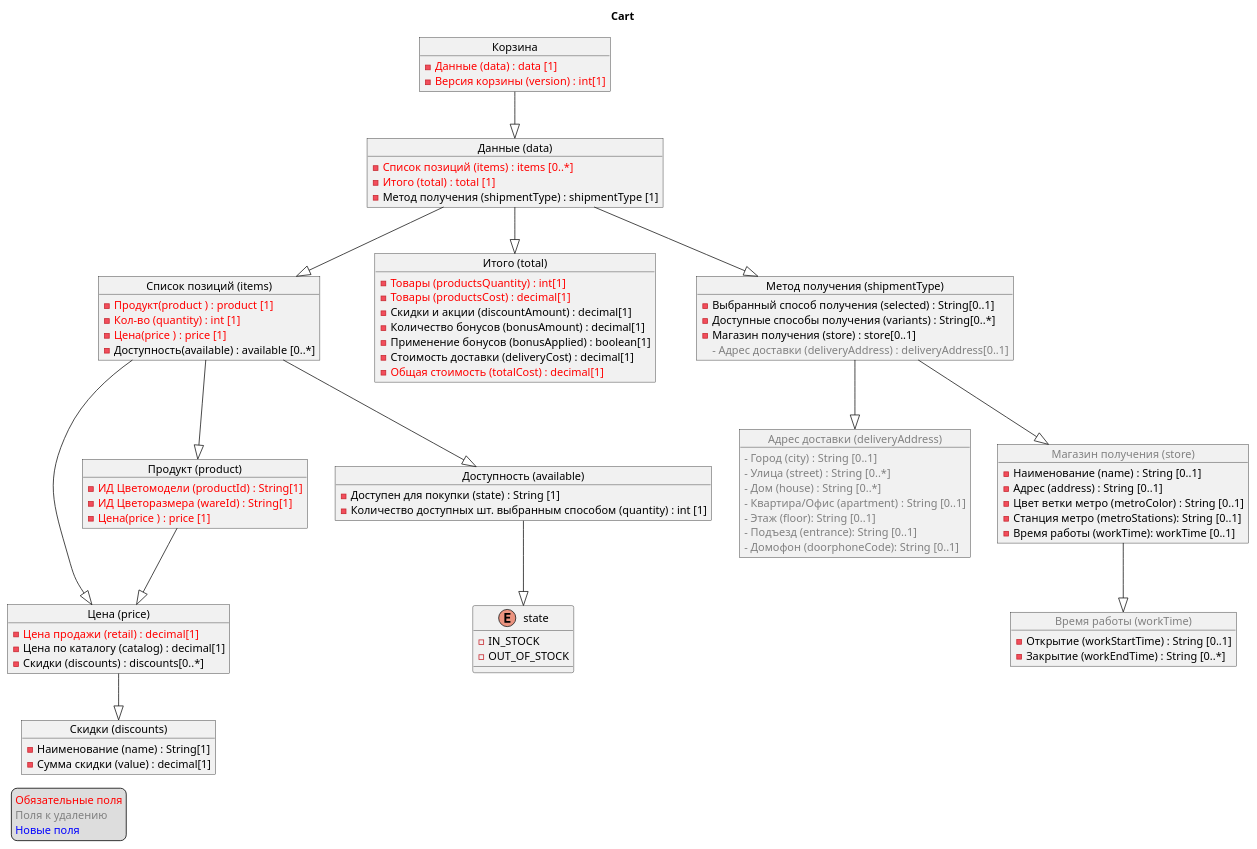
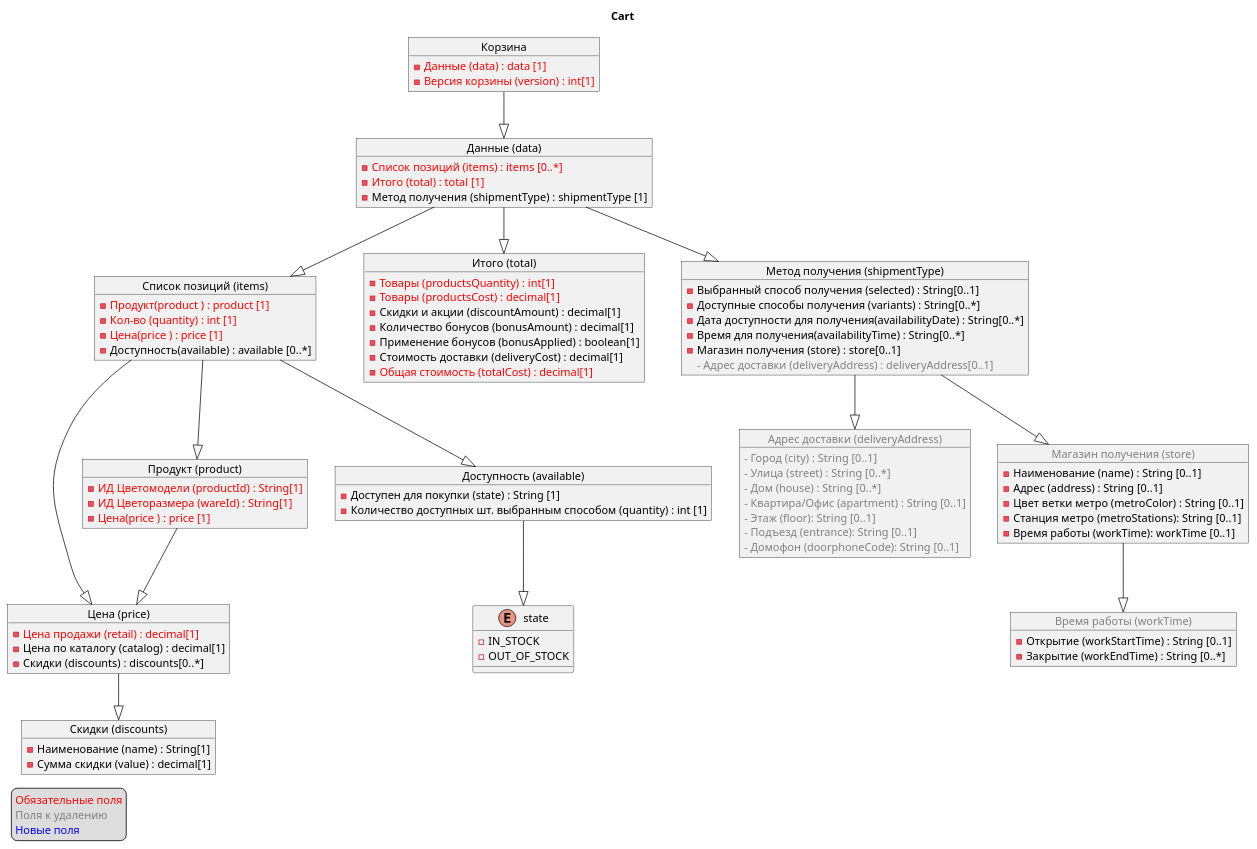
Before and after one commit to ViKt0R-K/plantuml: the diagram in cart/cart.puml, drawn with PlantUML.

Commit message:
добавил время

```diff
--- a/cart/cart.puml
+++ b/cart/cart.puml
@@ -1,101 +1,103 @@
 @startuml
 
 title Cart
 
 object "Корзина" as cart
 object "Список позиций (items)" as items
 object "Итого (total)" as total
 object "Цена (price)" as price
 object "Метод получения (shipmentType)" as shipmentType
 object "<font color=grey>Адрес доставки (deliveryAddress)" as deliveryAddress
 object "<font color=grey>Магазин получения (store)" as store
 object "Доступность (available)" as available
 object "<font color=grey>Время работы (workTime)" as workTime
 object "Продукт (product)" as product
 object "Скидки (discounts)" as discounts
 object "Данные (data)" as data
 
 cart --|>data
 data --|>items
 data --|>total
 data --|>shipmentType
 items --|>price
 items --|>available
 items --|>product
 product --|>price
 shipmentType --|>store
 shipmentType --|>deliveryAddress
 store --|>workTime
 available --|> state
 price --|> discounts
 
 
 cart : - <font color=red>Данные (data) : data [1]
 cart : - <font color=red>Версия корзины (version) : int[1]
 
 data : - <font color=red>Список позиций (items) : items [0..*]
 data : - <font color=red>Итого (total) : total [1]
 data : - Метод получения (shipmentType) : shipmentType [1]
 
 product : - <font color=red>ИД Цветомодели (productId) : String[1]
 product : - <font color=red>ИД Цветоразмера (wareId) : String[1]
 product : - <font color=red>Цена(price ) : price [1]
 
 items : - <font color=red>Продукт(product ) : product [1]
 items : - <font color=red>Кол-во (quantity) : int [1]
 items : - <font color=red>Цена(price ) : price [1]
 items : - Доступность(available) : available [0..*]
 
 
 price : - <font color=red>Цена продажи (retail) : decimal[1]
 price : - Цена по каталогу (catalog) : decimal[1]
 price : - Скидки (discounts) : discounts[0..*]
 
 discounts : - Наименование (name) : String[1]
 discounts : - Сумма скидки (value) : decimal[1]
 
 available : - Доступен для покупки (state) : String [1]
 available : - Количество доступных шт. выбранным способом (quantity) : int [1]
 
 enum state {
     - IN_STOCK
     - OUT_OF_STOCK
 }
 
 total : - <font color=red>Товары (productsQuantity) : int[1]
 total : - <font color=red>Товары (productsCost) : decimal[1]
 total : - Скидки и акции (discountAmount) : decimal[1]
 total : - Количество бонусов (bonusAmount) : decimal[1]
 total : - Применение бонусов (bonusApplied) : boolean[1]
 total : - Стоимость доставки (deliveryCost) : decimal[1]
 total : - <font color=red>Общая стоимость (totalCost) : decimal[1]
 
 shipmentType : - Выбранный способ получения (selected) : String[0..1]
 shipmentType : - Доступные способы получения (variants) : String[0..*]
+shipmentType : - Дата доступности для получения(аvailabilityDate) : String[0..*]
+shipmentType : - Время для получения(аvailabilityTime) : String[0..*]
 shipmentType : - Магазин получения (store) : store[0..1]
 shipmentType : <font color=grey>- Адрес доставки (deliveryAddress) : deliveryAddress[0..1]
 
 store : - Наименование (name) : String [0..1]
 store : - Адрес (address) : String [0..1]
 store : - Цвет ветки метро (metroColor) : String [0..1]
 store : - Станция метро (metroStations): String [0..1]
 store : - Время работы (workTime): workTime [0..1]
 
 workTime : - Открытие (workStartTime) : String [0..1]
 workTime : - Закрытие (workEndTime) : String [0..*]
 
 deliveryAddress : <font color=grey>- Город (city) : String [0..1]
 deliveryAddress : <font color=grey>- Улица (street) : String [0..*]
 deliveryAddress : <font color=grey>- Дом (house) : String [0..*]
 deliveryAddress : <font color=grey>- Квартира/Офис (apartment) : String [0..1]
 deliveryAddress : <font color=grey>- Этаж (floor): String [0..1]
 deliveryAddress : <font color=grey>- Подъезд (entrance): String [0..1]
 deliveryAddress : <font color=grey>- Домофон (doorphoneCode): String [0..1]
 
 legend left
 <font color=red>Обязательные поля</font>
 <font color=grey>Поля к удалению</font>
 <font color=blue>Новые поля</font>
 endlegend
 
 @enduml
```
